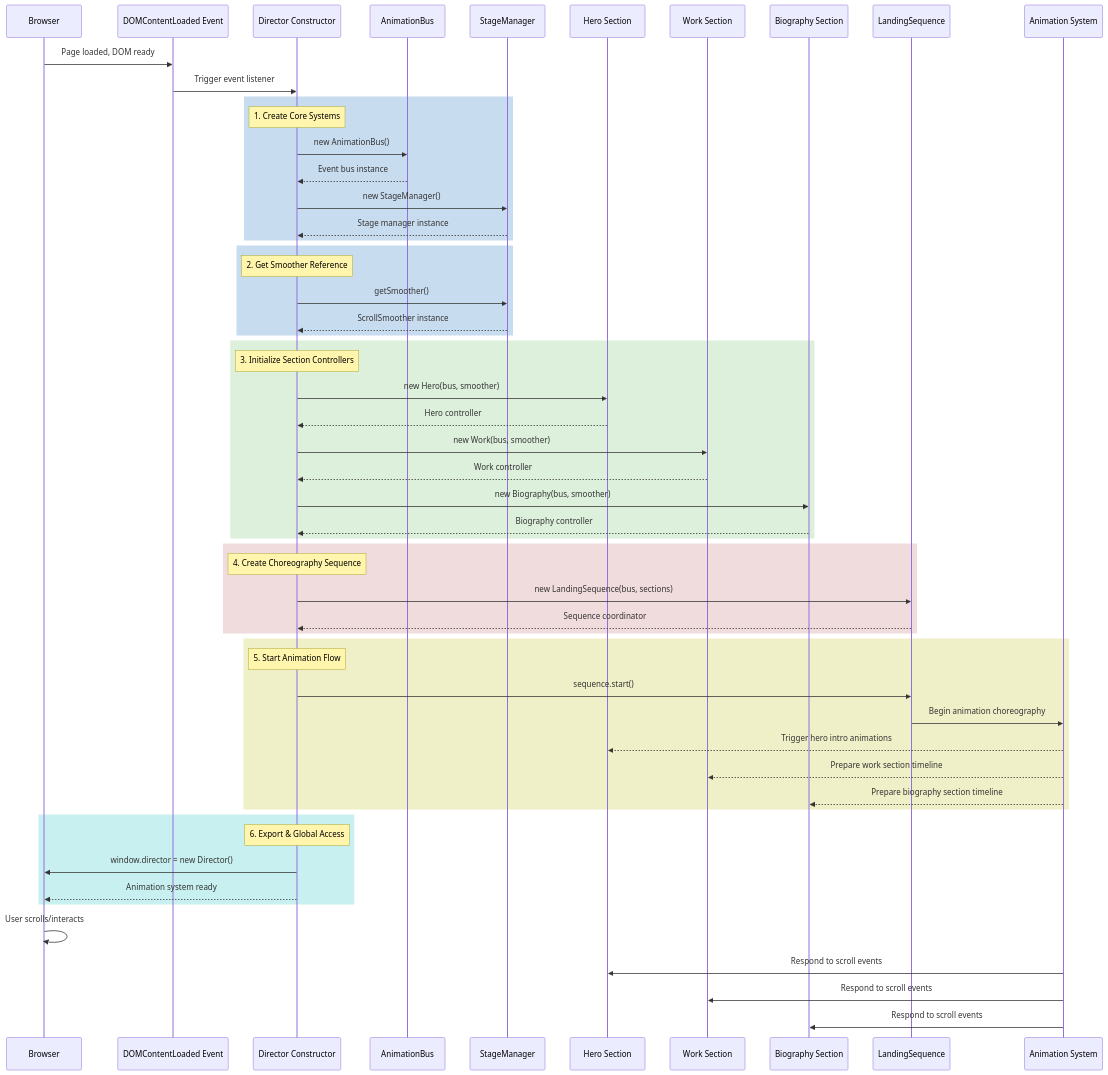
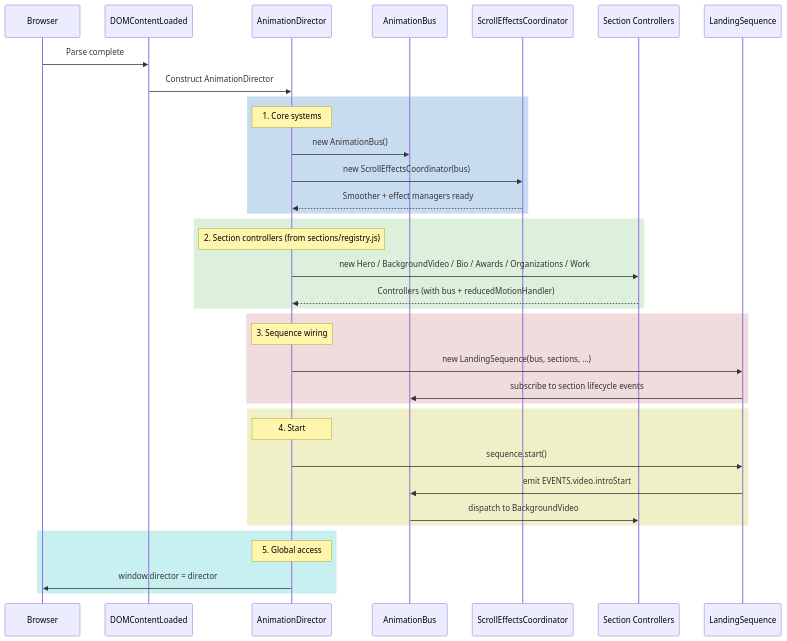
One commit to datainkio/portfolio-frontend changed the diagram in docs/director-initialization-sequence.md. Above: the diagram before and after it, drawn with Mermaid. The commit also changed other lines of this file and 282 other files, not shown here.

````diff
--- a/docs/director-initialization-sequence.md
+++ b/docs/director-initialization-sequence.md
@@ -5,66 +5,44 @@
 ```mermaid
 sequenceDiagram
     participant Browser
-    participant DOMContentLoaded Event
-    participant Director Constructor
-    participant AnimationBus
-    participant StageManager
-    participant Hero Section
-    participant Work Section
-    participant Biography Section
-    participant LandingSequence
-    participant Animation System
+    participant DOM as DOMContentLoaded
+    participant AD as AnimationDirector
+    participant Bus as AnimationBus
+    participant SEC as ScrollEffectsCoordinator
+    participant Sections as Section Controllers
+    participant LS as LandingSequence
 
-    Browser->>DOMContentLoaded Event: Page loaded, DOM ready
-    DOMContentLoaded Event->>Director Constructor: Trigger event listener
-    
-    rect rgb(200, 220, 240)
-        note over Director Constructor: 1. Create Core Systems
-        Director Constructor->>AnimationBus: new AnimationBus()
-        AnimationBus-->>Director Constructor: Event bus instance
-        Director Constructor->>StageManager: new StageManager()
-        StageManager-->>Director Constructor: Stage manager instance
-    end
+    Browser->>DOM: Parse complete
+    DOM->>AD: Construct AnimationDirector
 
     rect rgb(200, 220, 240)
-        note over Director Constructor: 2. Get Smoother Reference
-        Director Constructor->>StageManager: getSmoother()
-        StageManager-->>Director Constructor: ScrollSmoother instance
+        note over AD: 1. Core systems
+        AD->>Bus: new AnimationBus()
+        AD->>SEC: new ScrollEffectsCoordinator(bus)
+        SEC-->>AD: Smoother + effect managers ready
     end
 
     rect rgb(220, 240, 220)
-        note over Director Constructor: 3. Initialize Section Controllers
-        Director Constructor->>Hero Section: new Hero(bus, smoother)
-        Hero Section-->>Director Constructor: Hero controller
-        Director Constructor->>Work Section: new Work(bus, smoother)
-        Work Section-->>Director Constructor: Work controller
-        Director Constructor->>Biography Section: new Biography(bus, smoother)
-        Biography Section-->>Director Constructor: Biography controller
+        note over AD: 2. Section controllers (from sections/registry.js)
+        AD->>Sections: new Hero / BackgroundVideo / Bio / Awards / Organizations / Work
+        Sections-->>AD: Controllers (with bus + reducedMotionHandler)
     end
 
     rect rgb(240, 220, 220)
-        note over Director Constructor: 4. Create Choreography Sequence
-        Director Constructor->>LandingSequence: new LandingSequence(bus, sections)
-        LandingSequence-->>Director Constructor: Sequence coordinator
+        note over AD: 3. Sequence wiring
+        AD->>LS: new LandingSequence(bus, sections, …)
+        LS->>Bus: subscribe to section lifecycle events
     end
 
     rect rgb(240, 240, 200)
-        note over Director Constructor: 5. Start Animation Flow
-        Director Constructor->>LandingSequence: sequence.start()
-        LandingSequence->>Animation System: Begin animation choreography
-        Animation System-->>Hero Section: Trigger hero intro animations
-        Animation System-->>Work Section: Prepare work section timeline
-        Animation System-->>Biography Section: Prepare biography section timeline
+        note over AD: 4. Start
+        AD->>LS: sequence.start()
+        LS->>Bus: emit EVENTS.video.introStart
+        Bus->>Sections: dispatch to BackgroundVideo
     end
 
     rect rgb(200, 240, 240)
-        note over Director Constructor: 6. Export & Global Access
-        Director Constructor->>Browser: window.director = new Director()
-        Director Constructor-->>Browser: Animation system ready
+        note over AD: 5. Global access
+        AD->>Browser: window.director = director
     end
-
-    Browser->>Browser: User scrolls/interacts
-    Animation System->>Hero Section: Respond to scroll events
-    Animation System->>Work Section: Respond to scroll events
-    Animation System->>Biography Section: Respond to scroll events
 ```
````
